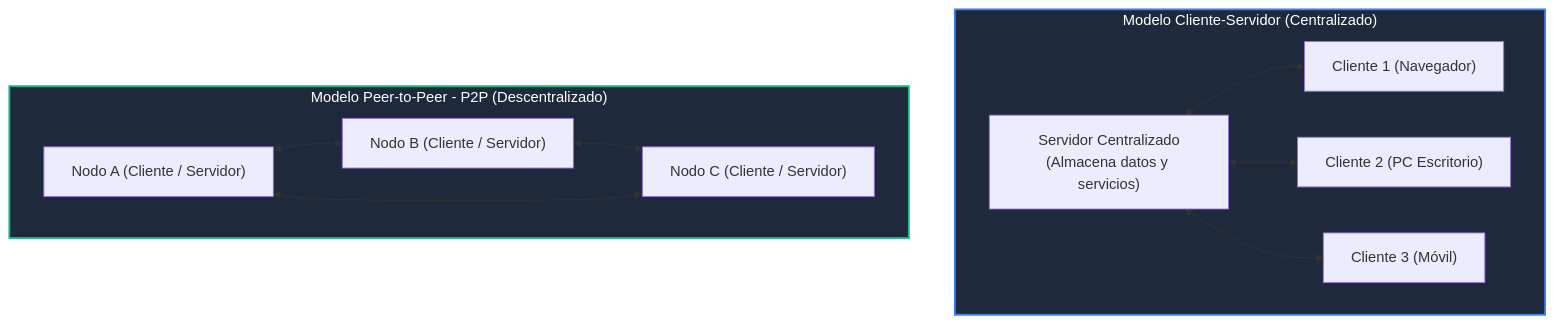
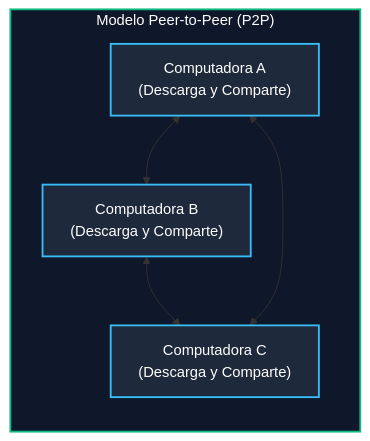
The second of 2 diagrams in Teoria/Modulo_2_Capa_Aplicacion/01_Modelos_y_Servicios_Red.md (ch4rf/redes-computadoras), drawn with Mermaid before and after one commit. The commit also changed other lines of this file and 14 other files, not shown here.

````diff
--- a/Teoria/Modulo_2_Capa_Aplicacion/01_Modelos_y_Servicios_Red.md
+++ b/Teoria/Modulo_2_Capa_Aplicacion/01_Modelos_y_Servicios_Red.md
@@ -19,17 +64,13 @@
 ```mermaid
-flowchart TD
-    subgraph CS ["Modelo Cliente-Servidor (Centralizado)"]
-        S["Servidor Centralizado<br/>(Almacena datos y servicios)"] <--> C1["Cliente 1 (Navegador)"]
-        S <--> C2["Cliente 2 (PC Escritorio)"]
-        S <--> C3["Cliente 3 (Móvil)"]
-    end
-    
-    subgraph P2P ["Modelo Peer-to-Peer - P2P (Descentralizado)"]
-        P1["Nodo A (Cliente / Servidor)"] <--> P2["Nodo B (Cliente / Servidor)"]
-        P2 <--> P3["Nodo C (Cliente / Servidor)"]
-        P3 <--> P1
+flowchart LR
+    subgraph P2P ["Modelo Peer-to-Peer (P2P)"]
+        NodoA["Computadora A<br/>(Descarga y Comparte)"] <--> NodoB["Computadora B<br/>(Descarga y Comparte)"]
+        NodoB <--> NodoC["Computadora C<br/>(Descarga y Comparte)"]
+        NodoC <--> NodoA
     end
 
-    style CS fill:#1e293b,stroke:#3b82f6,stroke-width:2px,color:#fff
-    style P2P fill:#1e293b,stroke:#10b981,stroke-width:2px,color:#fff
+    style P2P fill:#0f172a,stroke:#10b981,stroke-width:2px,color:#fff
+    style NodoA fill:#1e293b,stroke:#38bdf8,stroke-width:2px,color:#fff
+    style NodoB fill:#1e293b,stroke:#38bdf8,stroke-width:2px,color:#fff
+    style NodoC fill:#1e293b,stroke:#38bdf8,stroke-width:2px,color:#fff
 ```
````
